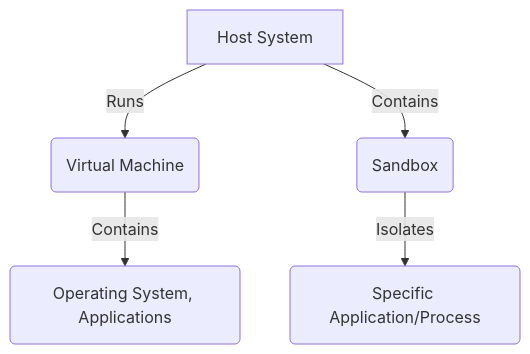
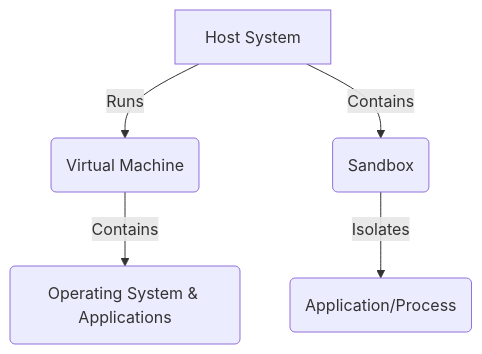
The first of 2 diagrams in content/blog/test.md (mranonymous011000001/just-testing-out), drawn with Mermaid before and after one commit. The commit also changed other lines of this file, not shown here.

````diff
--- a/content/blog/test.md
+++ b/content/blog/test.md
@@ -65,7 +59,7 @@
 ```mermaid
 graph TD
     A[Host System] -->|Runs| B(Virtual Machine);
     A -->|Contains| C(Sandbox);
-    B -->|Contains| D(Operating System, Applications);
-    C -->|Isolates| E(Specific Application/Process);
+    B -->|Contains| D(Operating System & Applications);
+    C -->|Isolates| E(Application/Process);
 ```
````
